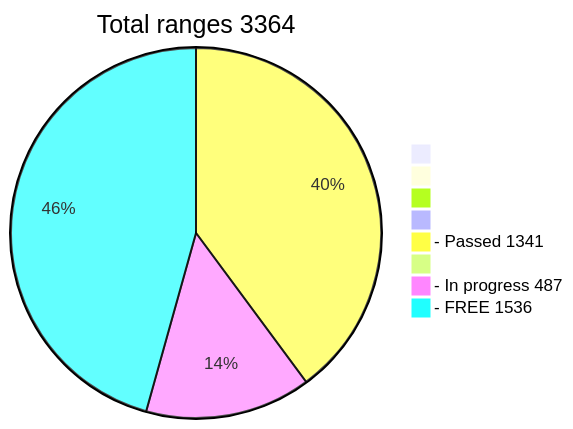
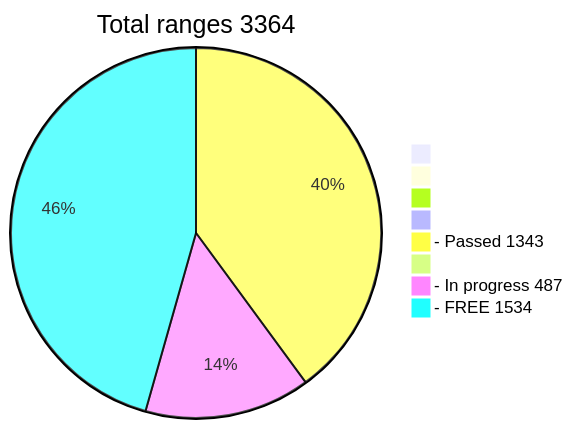
Before and after one commit to phrutis/wif500: the diagram in README.md, drawn with Mermaid.

````diff
--- a/README.md
+++ b/README.md
@@ -16,12 +16,12 @@
 ```mermaid
 pie title Total ranges 3364
              " " : 0
             "  " : 0
            "   " : 0
           "    " : 0
-  "- Passed 1341" : 1341
+  "- Passed 1343" : 1343
          "     " : 0
   "- In progress 487" : 487
-   "- FREE 1536" : 1536
+   "- FREE 1534" : 1534
    
 ```
````
